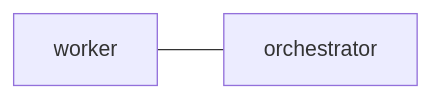
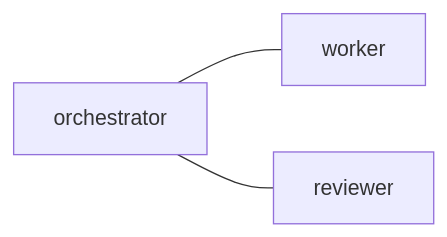
Before and after one commit to i9wa4/tmux-a2a-postman: the diagram in docs/design/config-ssot.md, drawn with Mermaid. The commit also changed other lines of this file and 25 other files, not shown here.

````diff
--- a/docs/design/config-ssot.md
+++ b/docs/design/config-ssot.md
@@ -116,5 +21,7 @@
 ```mermaid
 graph LR
-    worker --- orchestrator
-    class orchestrator command_approver_node
+    orchestrator --- worker
+    orchestrator --- reviewer
+    class orchestrator interface_node
+    class reviewer command_approver_node
 ```
````
